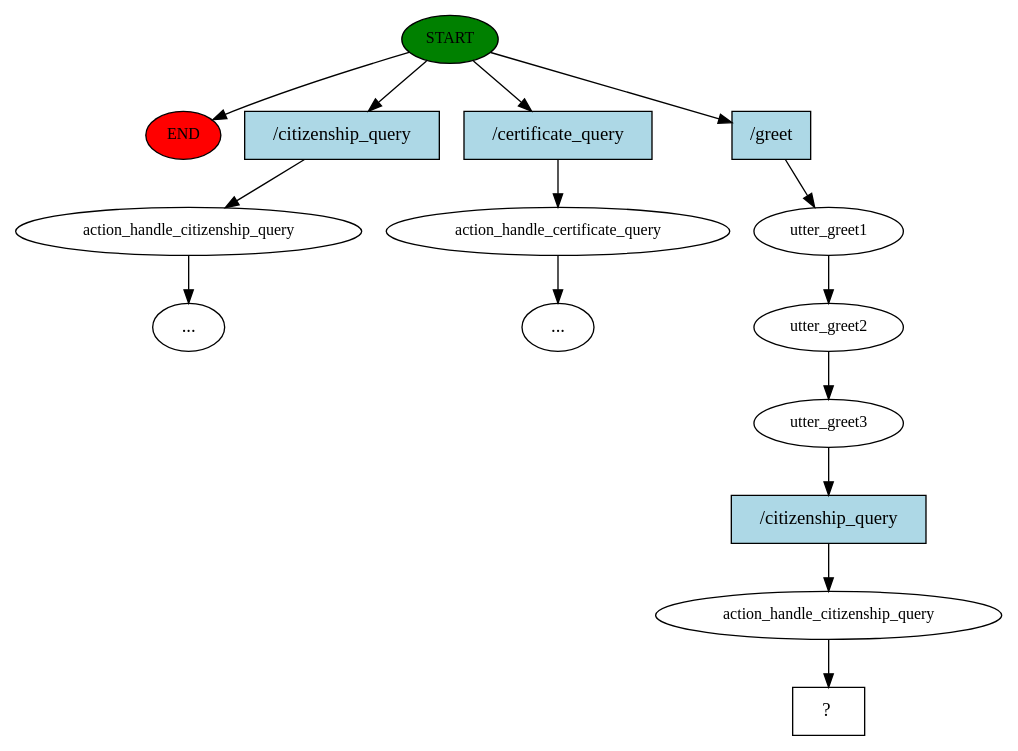
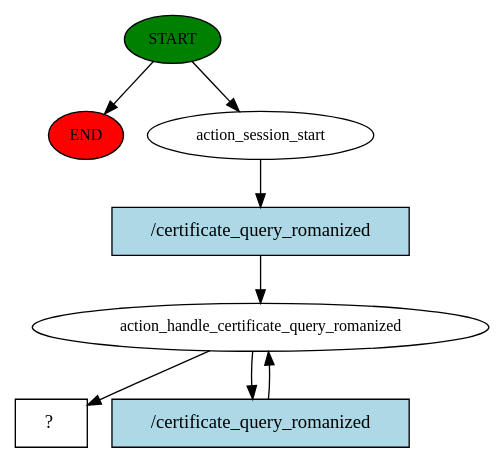
One commit to PiyushLuitel-07/Samadhan-A-Local-Government-Service-QueryBot changed the diagram in story_graph.dot. Above: the diagram before and after it, drawn with Graphviz. The commit also changed 995 other files, not shown here.

```diff
--- a/story_graph.dot
+++ b/story_graph.dot
@@ -1,31 +1,16 @@
 digraph  {
 0 [class="start active", fillcolor=green, fontsize=12, label=START, style=filled];
 "-1" [class=end, fillcolor=red, fontsize=12, label=END, style=filled];
-1 [class="", fontsize=12, label=action_handle_citizenship_query];
-"-4" [class=ellipsis, label="..."];
-3 [class="", fontsize=12, label=action_handle_certificate_query];
-"-6" [class=ellipsis, label="..."];
-5 [class=active, fontsize=12, label=utter_greet1];
-6 [class=active, fontsize=12, label=utter_greet2];
-7 [class=active, fontsize=12, label=utter_greet3];
-8 [class=active, fontsize=12, label=action_handle_citizenship_query];
-9 [class="intent dashed active", label="  ?  ", shape=rect];
-10 [class=intent, fillcolor=lightblue, label="/citizenship_query", shape=rect, style=filled];
-11 [class=intent, fillcolor=lightblue, label="/certificate_query", shape=rect, style=filled];
-12 [class="intent active", fillcolor=lightblue, label="/greet", shape=rect, style=filled];
-13 [class="intent active", fillcolor=lightblue, label="/citizenship_query", shape=rect, style=filled];
+1 [class=active, fontsize=12, label=action_session_start];
+2 [class=active, fontsize=12, label=action_handle_certificate_query_romanized];
+5 [class="intent dashed active", label="  ?  ", shape=rect];
+6 [class="intent active", fillcolor=lightblue, label="/certificate_query_romanized", shape=rect, style=filled];
+7 [class="intent active", fillcolor=lightblue, label="/certificate_query_romanized", shape=rect, style=filled];
 0 -> "-1"  [class="", key=NONE, label=""];
-0 -> 10  [class="", key=0];
-0 -> 11  [class="", key=0];
-0 -> 12  [class=active, key=0];
-1 -> "-4"  [class="", key=NONE, label=""];
-3 -> "-6"  [class="", key=NONE, label=""];
-5 -> 6  [class=active, key=NONE, label=""];
-6 -> 7  [class=active, key=NONE, label=""];
-7 -> 13  [class=active, key=0];
-8 -> 9  [class=active, key=NONE, label=""];
-10 -> 1  [class="", key=0];
-11 -> 3  [class="", key=0];
-12 -> 5  [class=active, key=0];
-13 -> 8  [class=active, key=0];
+0 -> 1  [class=active, key=NONE, label=""];
+1 -> 6  [class=active, key=0];
+2 -> 5  [class=active, key=NONE, label=""];
+2 -> 7  [class=active, key=0];
+6 -> 2  [class=active, key=0];
+7 -> 2  [class=active, key=0];
 }
```
